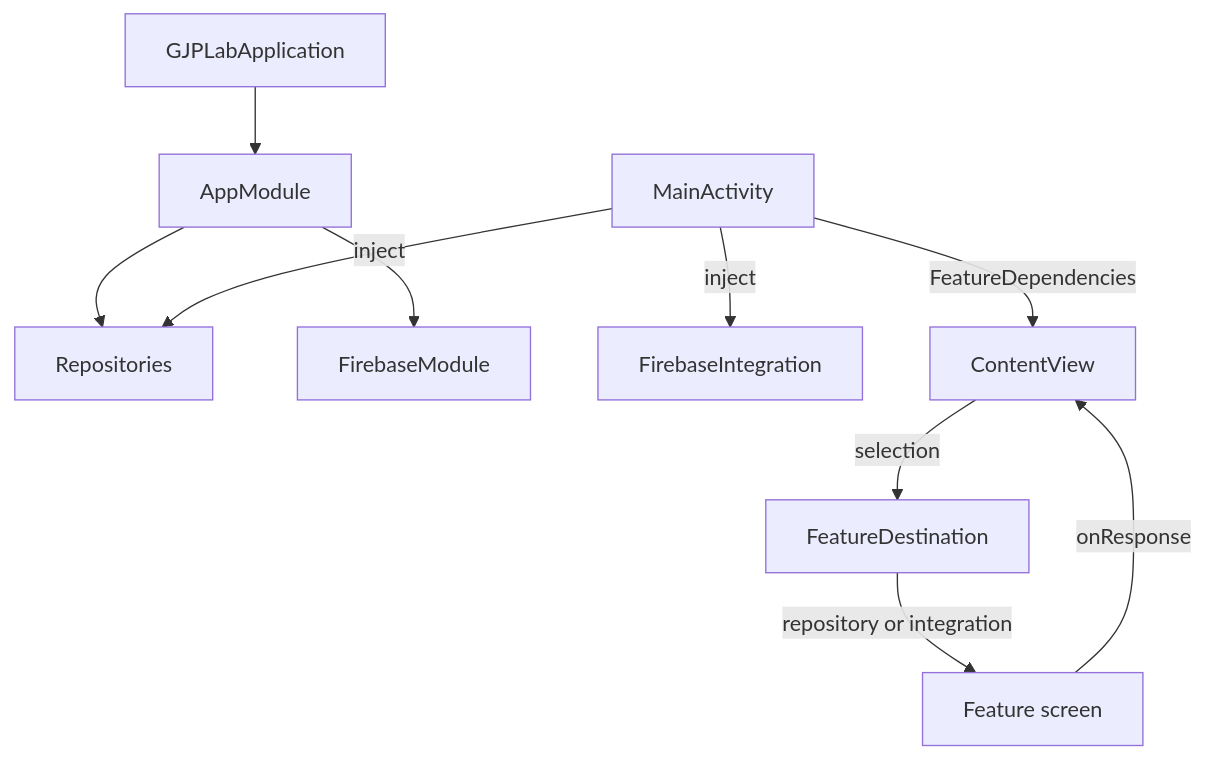
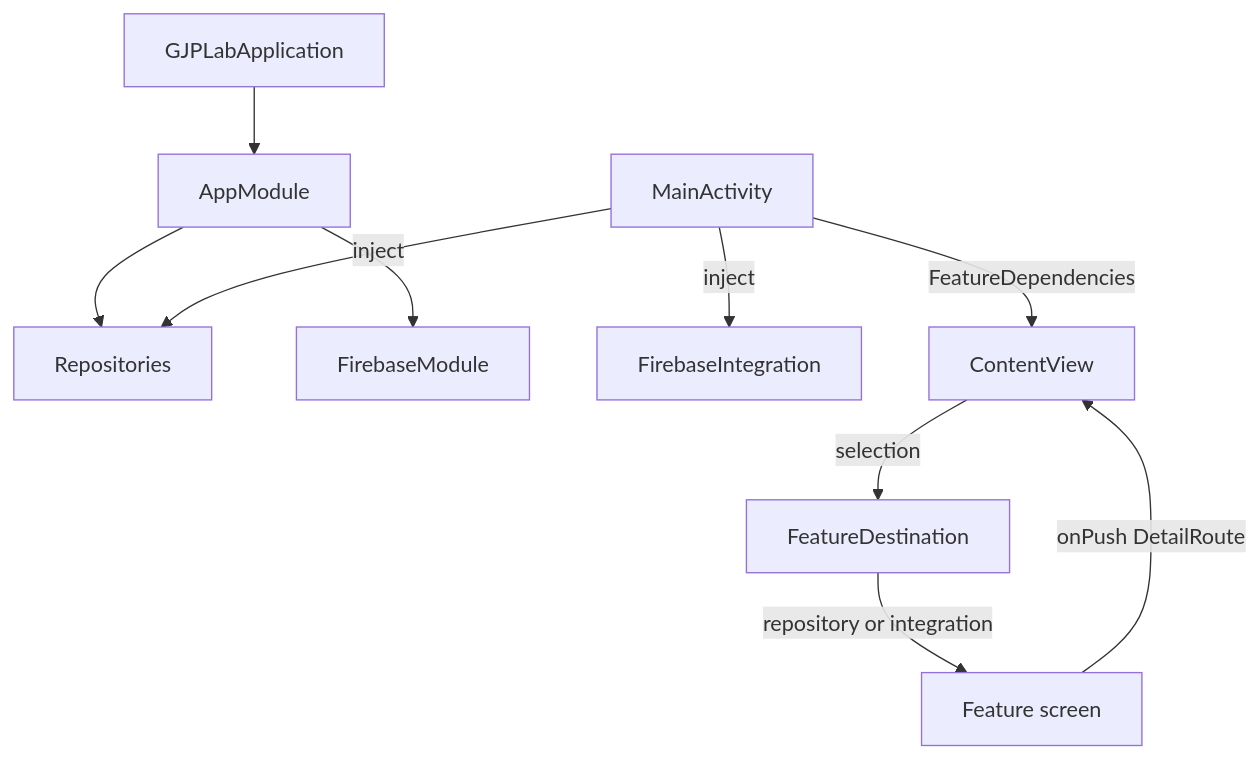
The second of 2 diagrams in doc/architecture/application.md (gjp-ai/gjp-lab-android-kotlin), drawn with Mermaid before and after one commit. The commit also changed other lines of this file and 53 other files, not shown here.

````diff
--- a/doc/architecture/application.md
+++ b/doc/architecture/application.md
@@ -55,12 +57,12 @@
 ```mermaid
 flowchart TD
     Application[GJPLabApplication] --> Koin[AppModule]
     Koin --> Repositories
     Koin --> FirebaseModule
     Main[MainActivity] -->|inject| Repositories
     Main -->|inject| FirebaseIntegration
     Main -->|FeatureDependencies| Content[ContentView]
     Content -->|selection| Destination[FeatureDestination]
     Destination -->|repository or integration| Screen[Feature screen]
-    Screen -->|onResponse| Content
+    Screen -->|onPush DetailRoute| Content
 ```
````
